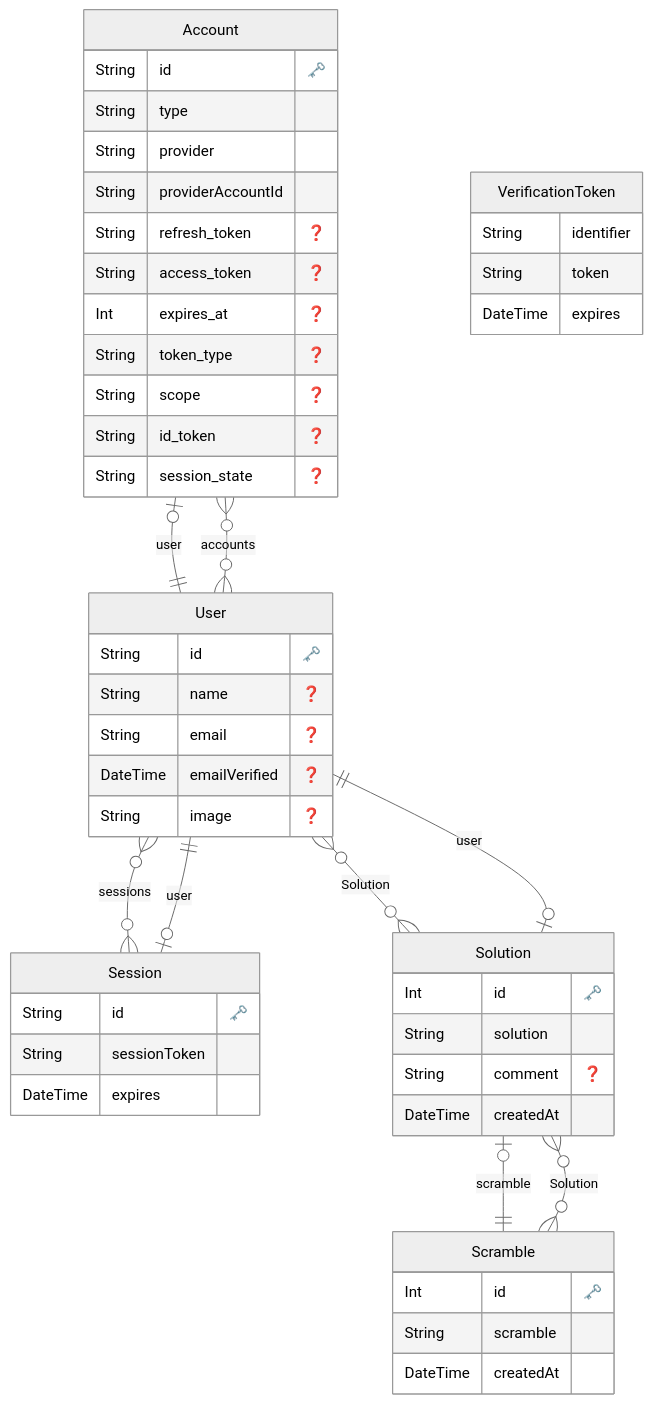
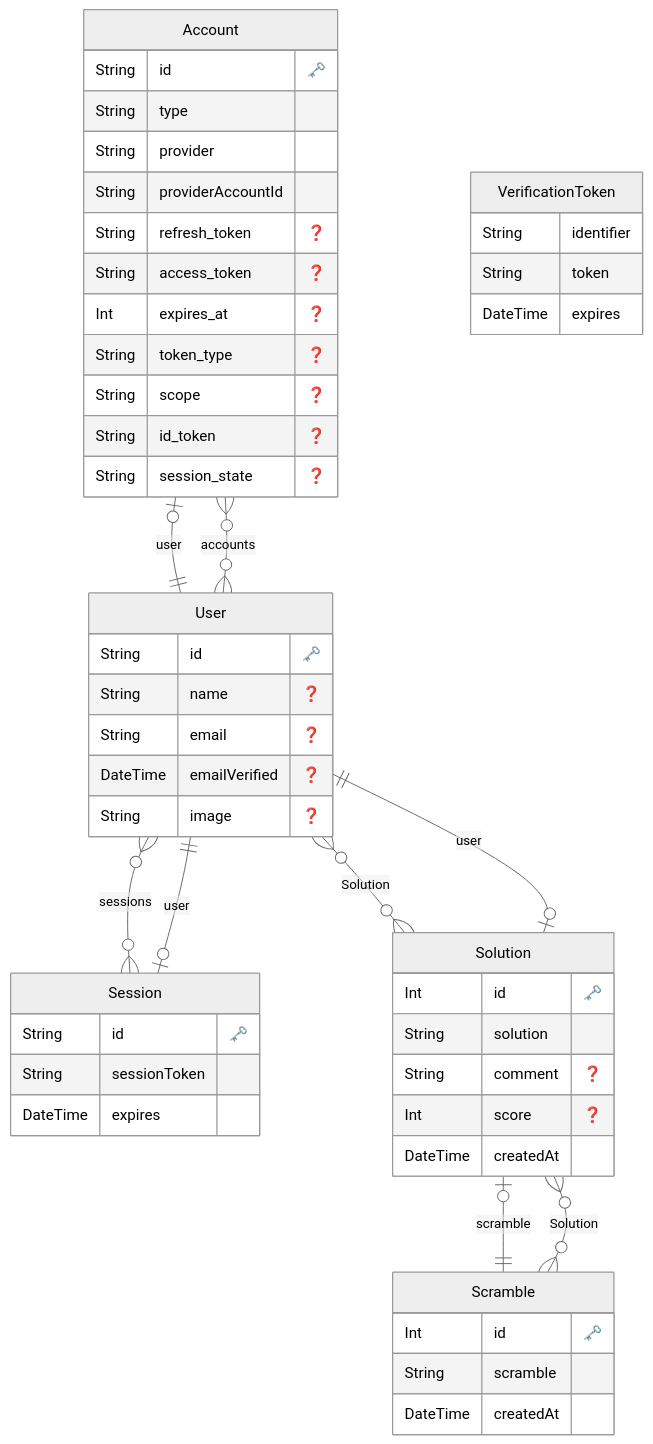
One commit to sKawashima/fmc-logger changed the diagram in prisma/README.md. Above: the diagram before and after it, drawn with Mermaid (neutral theme). The commit also changed 2 other files, not shown here.

Commit message:
🔧 chore(prisma): update schema to include 'score' field in Solution model 🔧 chore(prisma): add migration to add 'score' column to Solution table in database

````diff
--- a/prisma/README.md
+++ b/prisma/README.md
@@ -1,64 +1,65 @@
 ```mermaid
 erDiagram
 
   "Account" {
     String id "🗝️"
     String type
     String provider
     String providerAccountId
     String refresh_token "❓"
     String access_token "❓"
     Int expires_at "❓"
     String token_type "❓"
     String scope "❓"
     String id_token "❓"
     String session_state "❓"
     }
 
 
   "Session" {
     String id "🗝️"
     String sessionToken
     DateTime expires
     }
 
 
   "User" {
     String id "🗝️"
     String name "❓"
     String email "❓"
     DateTime emailVerified "❓"
     String image "❓"
     }
 
 
   "VerificationToken" {
     String identifier
     String token
     DateTime expires
     }
 
 
   "Scramble" {
     Int id "🗝️"
     String scramble
     DateTime createdAt
     }
 
 
   "Solution" {
     Int id "🗝️"
     String solution
     String comment "❓"
+    Int score "❓"
     DateTime createdAt
     }
 
     "Account" o|--|| "User" : "user"
     "Session" o|--|| "User" : "user"
     "User" o{--}o "Account" : "accounts"
     "User" o{--}o "Session" : "sessions"
     "User" o{--}o "Solution" : "Solution"
     "Scramble" o{--}o "Solution" : "Solution"
     "Solution" o|--|| "Scramble" : "scramble"
     "Solution" o|--|| "User" : "user"
 ```
````
